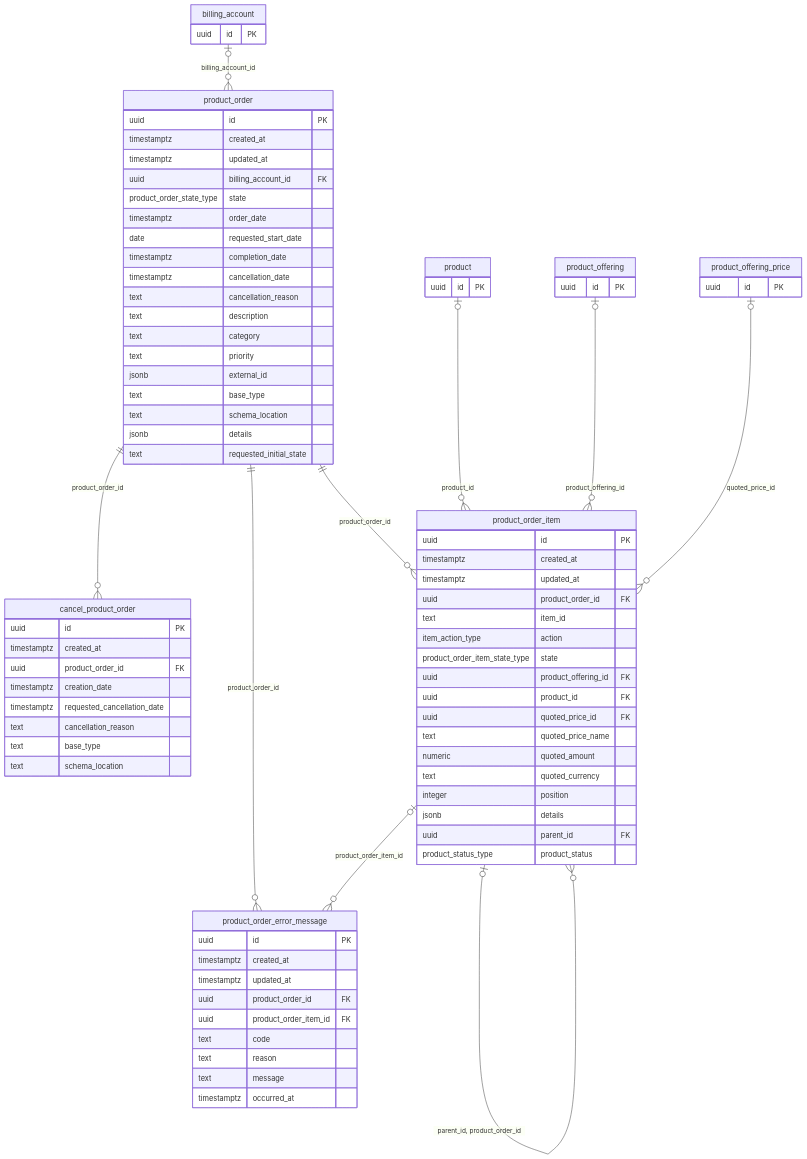
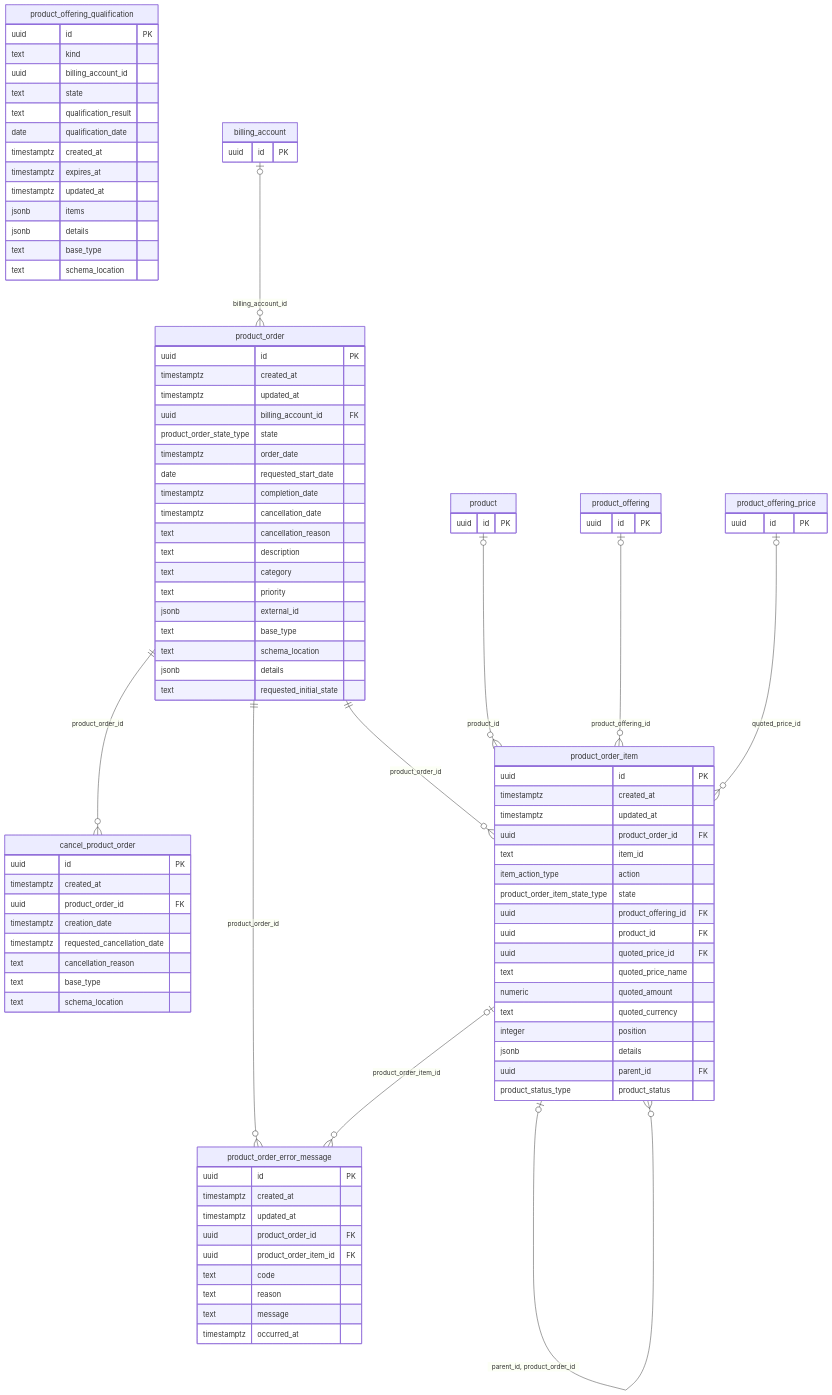
Before and after one commit to altharmz/bss: the fourth of 14 diagrams in docs/db/README.md, drawn with Mermaid. The commit also changed other lines of this file and 40 other files, not shown here.

```diff
--- a/docs/db/README.md
+++ b/docs/db/README.md
@@ -720,6 +722,21 @@
     text base_type
     text schema_location
   }
+  product_offering_qualification {
+    uuid id PK
+    text kind
+    uuid billing_account_id
+    text state
+    text qualification_result
+    date qualification_date
+    timestamptz created_at
+    timestamptz expires_at
+    timestamptz updated_at
+    jsonb items
+    jsonb details
+    text base_type
+    text schema_location
+  }
   billing_account {
     uuid id PK
   }
```
